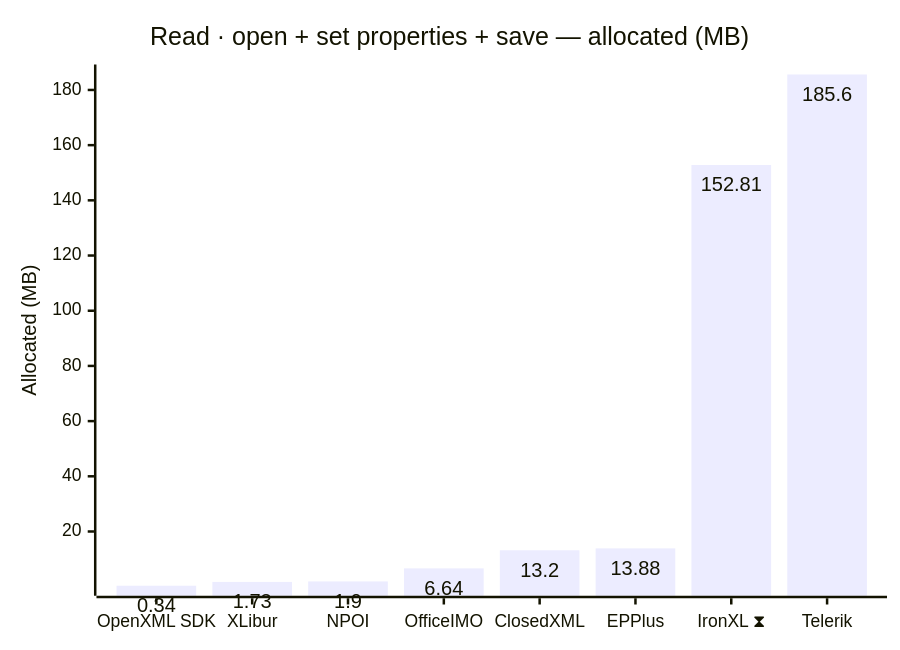
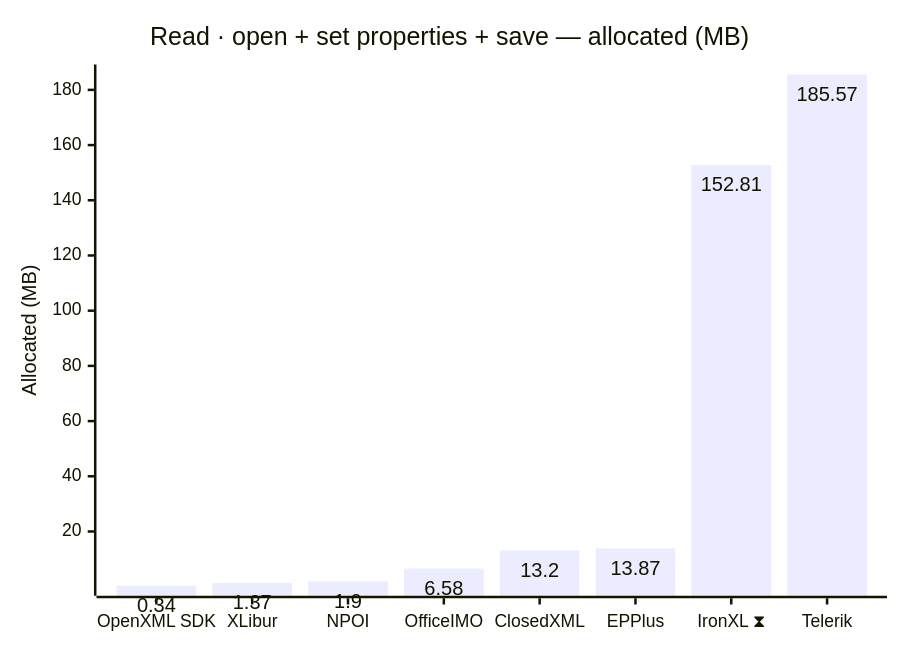
One commit to jafin/XLBench changed the second of 12 diagrams in docs/results.md. Above: the diagram before and after it, drawn with Mermaid. The commit also changed other lines of this file and 4 other files, not shown here.

````diff
--- a/docs/results.md
+++ b/docs/results.md
@@ -55,12 +55,12 @@
 ```mermaid
 ---
 config:
   xyChart:
     showDataLabel: true
 ---
 xychart-beta
     title "Read · open + set properties + save — allocated (MB)"
     x-axis ["OpenXML SDK", "XLibur", "NPOI", "OfficeIMO", "ClosedXML", "EPPlus", "IronXL ⧗", "Telerik"]
     y-axis "Allocated (MB)"
-    bar [0.34, 1.73, 1.9, 6.64, 13.2, 13.88, 152.81, 185.6]
+    bar [0.34, 1.37, 1.9, 6.58, 13.2, 13.87, 152.81, 185.57]
 ```
````
